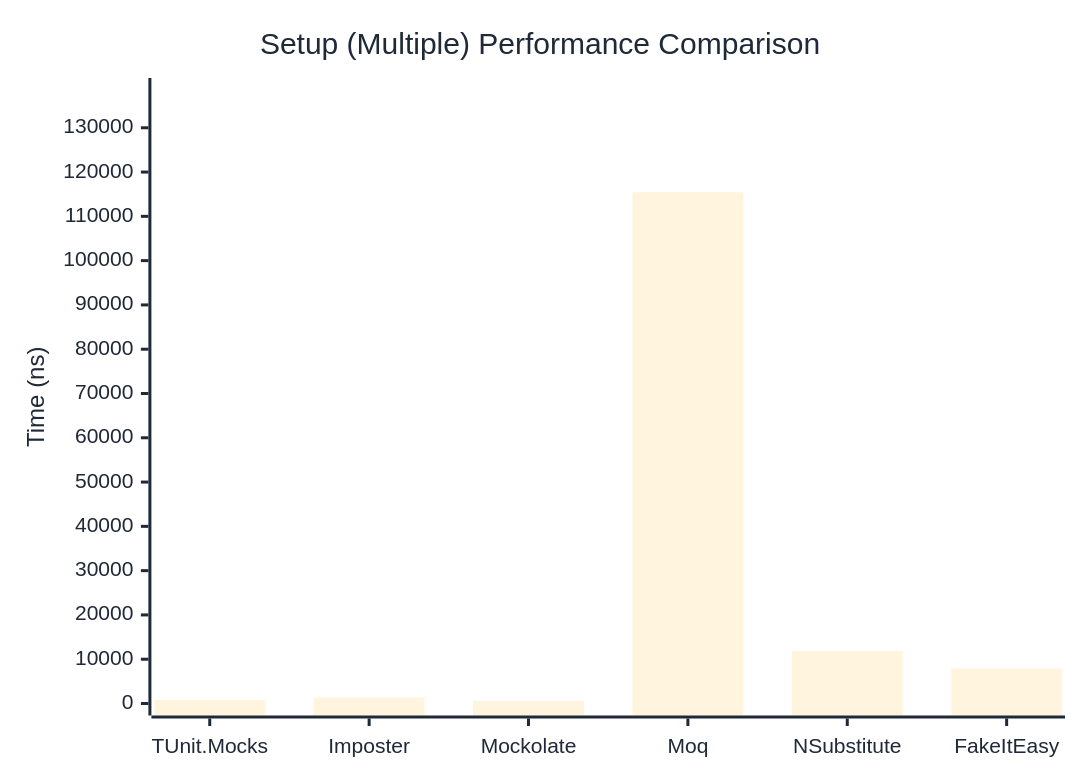
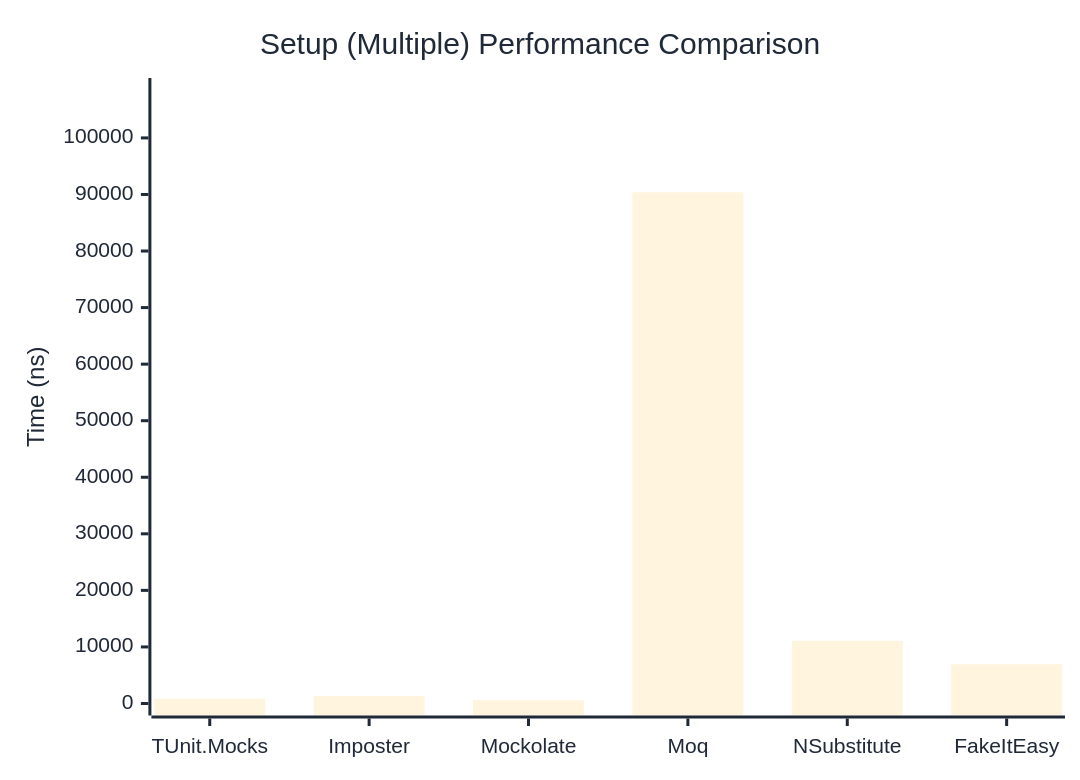
The second of 2 diagrams in docs/docs/benchmarks/mocks/Setup.md (thomhurst/TUnit), drawn with Mermaid before and after one commit. The commit also changed other lines of this file and 14 other files, not shown here.

````diff
--- a/docs/docs/benchmarks/mocks/Setup.md
+++ b/docs/docs/benchmarks/mocks/Setup.md
@@ -71,27 +71,27 @@
 ```mermaid
 %%{init: {
   'theme':'base',
   'themeVariables': {
     'primaryColor': '#2563eb',
     'primaryTextColor': '#1f2937',
     'primaryBorderColor': '#1e40af',
     'lineColor': '#6b7280',
     'secondaryColor': '#7c3aed',
     'tertiaryColor': '#dc2626',
     'background': '#ffffff',
     'pie1': '#2563eb',
     'pie2': '#7c3aed',
     'pie3': '#dc2626',
     'pie4': '#f59e0b',
     'pie5': '#10b981',
     'pie6': '#06b6d4',
     'pie7': '#ec4899',
     'pie8': '#6366f1'
   }
 }}%%
 xychart-beta
   title "Setup (Multiple) Performance Comparison"
   x-axis ["TUnit.Mocks", "Imposter", "Mockolate", "Moq", "NSubstitute", "FakeItEasy"]
-  y-axis "Time (ns)" 0 --> 138529
-  bar [796.3, 1375.2, 533.5, 115440.7, 11823.6, 7942.9]
+  y-axis "Time (ns)" 0 --> 108471
+  bar [840.6, 1336.4, 579.5, 90392, 11093.3, 6937.3]
 ```
````
